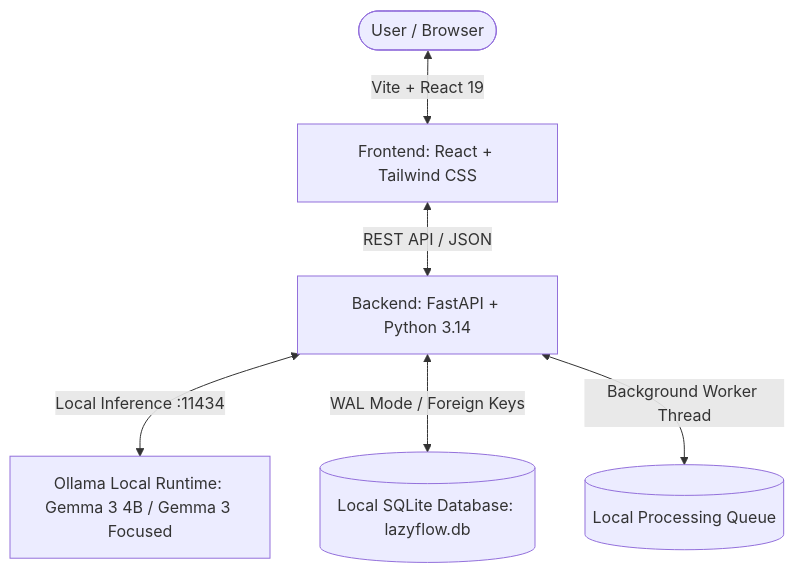
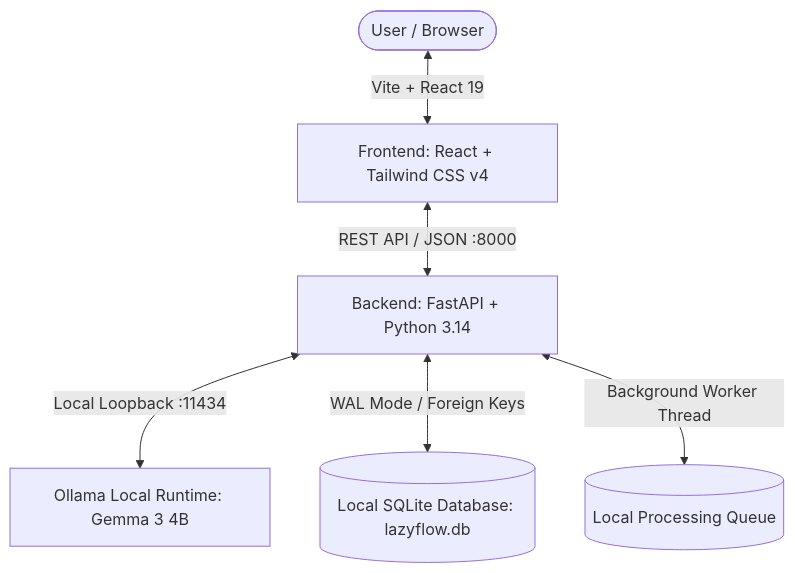
One commit to SathvikaTalari/LazyFlow-AI changed the diagram in README.md. Above: the diagram before and after it, drawn with Mermaid. The commit also changed other lines of this file and 30 other files, not shown here.

````diff
--- a/README.md
+++ b/README.md
@@ -44,8 +52,8 @@
 ```mermaid
 graph TD
-    User([User / Browser]) <-->|Vite + React 19| Frontend[Frontend: React + Tailwind CSS]
-    Frontend <-->|REST API / JSON| Backend[Backend: FastAPI + Python 3.14]
-    Backend <-->|Local Inference :11434| Ollama[Ollama Local Runtime: Gemma 3 4B / Gemma 3 Focused]
+    User([User / Browser]) <-->|Vite + React 19| Frontend[Frontend: React + Tailwind CSS v4]
+    Frontend <-->|REST API / JSON :8000| Backend[Backend: FastAPI + Python 3.14]
+    Backend <-->|Local Loopback :11434| Ollama[Ollama Local Runtime: Gemma 3 4B]
     Backend <-->|WAL Mode / Foreign Keys| SQLite[(Local SQLite Database: lazyflow.db)]
     Backend <-->|Background Worker Thread| Queue[(Local Processing Queue)]
 ```
````
